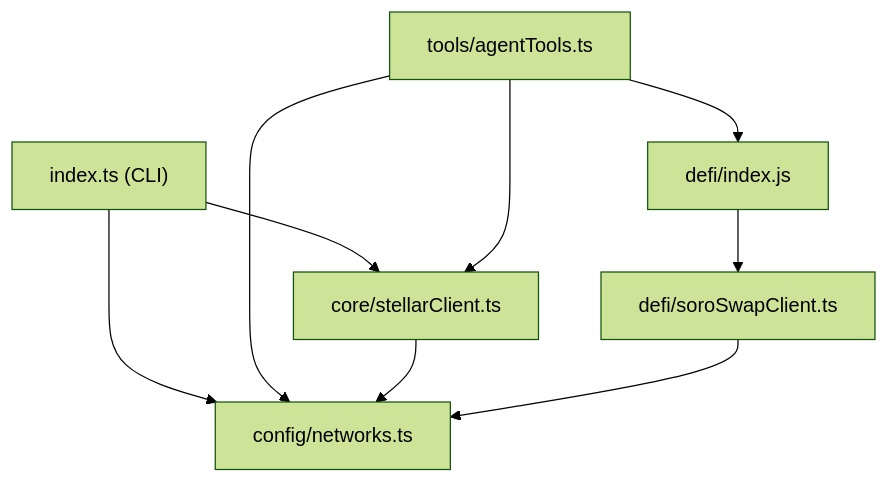
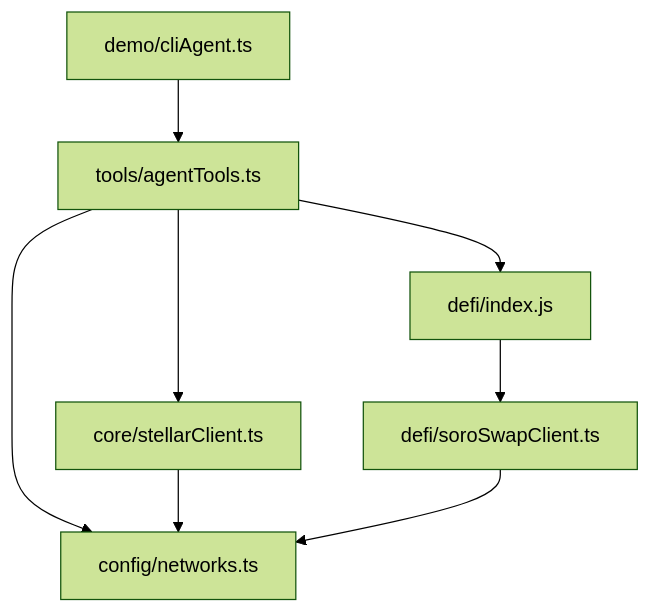
One commit to CodewMilan/stellar-agent-kit changed the seventh of 7 diagrams in FLOWCHART.md. Above: the diagram before and after it, drawn with Mermaid (forest theme). The commit also changed other lines of this file, not shown here.

````diff
--- a/FLOWCHART.md
+++ b/FLOWCHART.md
@@ -124,17 +165,16 @@
 ```mermaid
 flowchart TD
-    index["index.ts (CLI)"]
+    cliAgent["demo/cliAgent.ts"]
     agentTools["tools/agentTools.ts"]
     stellarClient["core/stellarClient.ts"]
     soroSwapClient["defi/soroSwapClient.ts"]
     networks["config/networks.ts"]
 
-    index --> networks
-    index --> stellarClient
+    cliAgent --> agentTools
     agentTools --> networks
     agentTools --> stellarClient
     agentTools --> defi["defi/index.js"]
     stellarClient --> networks
     soroSwapClient --> networks
     defi --> soroSwapClient
 ```
````
